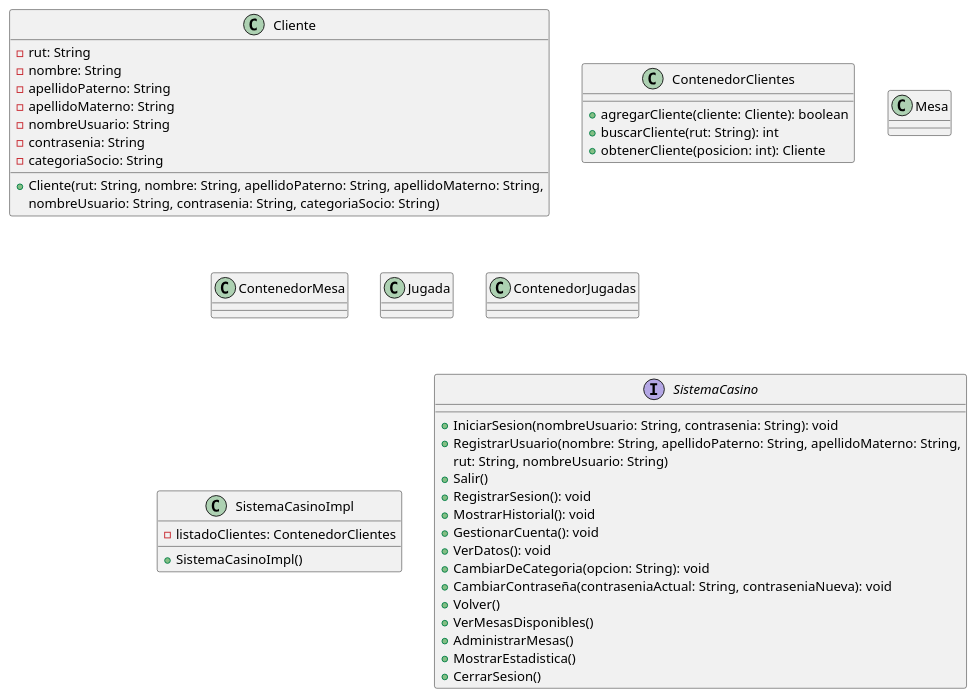
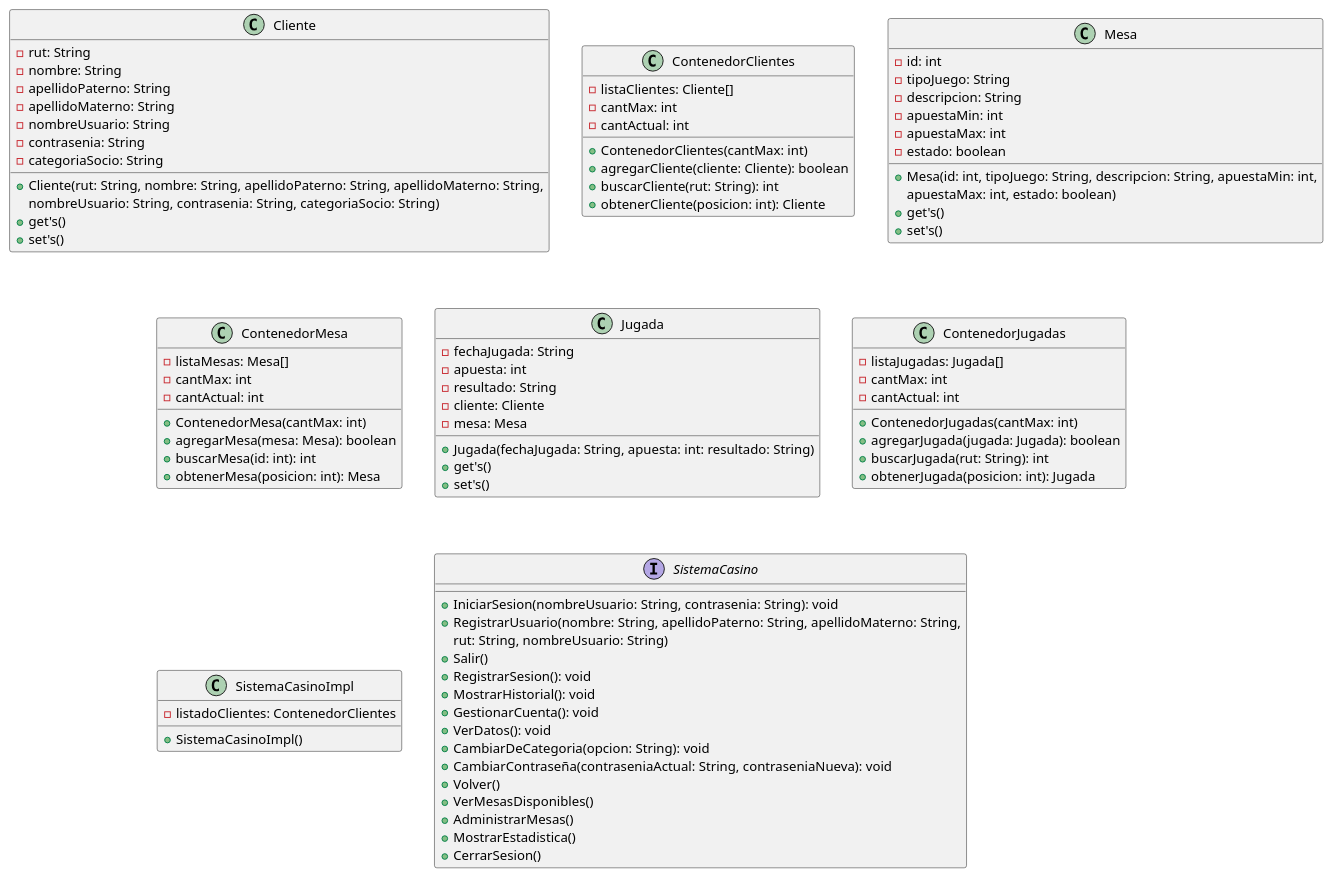
The diagram in src/Diagrama de Clase.puml (DarkPridust/Taller1_IgnacioVadillo_JoahnSalvatierra), drawn with PlantUML before and after one commit. The commit also changed 1 other file, not shown here.

Commit message:
Diagrama de Clase actualizado
Se agregan atributos y operadores restantes

```diff
--- a/src/Diagrama de Clase.puml
+++ b/src/Diagrama de Clase.puml
@@ -1,56 +1,95 @@
 @startuml
 'https://plantuml.com/class-diagram
 
 class Cliente{
     -rut: String
     -nombre: String
     -apellidoPaterno: String
     -apellidoMaterno: String
     -nombreUsuario: String
     -contrasenia: String
     -categoriaSocio: String
     +Cliente(rut: String, nombre: String, apellidoPaterno: String, apellidoMaterno: String,
     nombreUsuario: String, contrasenia: String, categoriaSocio: String)
-
+    +get's()
+    +set's()
 }
 
 class ContenedorClientes{
+    -listaClientes: Cliente[]
+    -cantMax: int
+    -cantActual: int
+    +ContenedorClientes(cantMax: int)
     +agregarCliente(cliente: Cliente): boolean
     +buscarCliente(rut: String): int
     +obtenerCliente(posicion: int): Cliente
 }
 
-class Mesa{}
+class Mesa{
+    -id: int
+    -tipoJuego: String
+    -descripcion: String
+    -apuestaMin: int
+    -apuestaMax: int
+    -estado: boolean
+    +Mesa(id: int, tipoJuego: String, descripcion: String, apuestaMin: int,
+    apuestaMax: int, estado: boolean)
+    +get's()
+    +set's()
+}
 
-class ContenedorMesa{}
+class ContenedorMesa{
+    -listaMesas: Mesa[]
+    -cantMax: int
+    -cantActual: int
+    +ContenedorMesa(cantMax: int)
+    +agregarMesa(mesa: Mesa): boolean
+    +buscarMesa(id: int): int
+    +obtenerMesa(posicion: int): Mesa
+    }
 
-class Jugada{}
+class Jugada{
+    -fechaJugada: String
+    -apuesta: int
+    -resultado: String
+    -cliente: Cliente
+    -mesa: Mesa
+    +Jugada(fechaJugada: String, apuesta: int: resultado: String)
+    +get's()
+    +set's()
+}
 
-class ContenedorJugadas
+class ContenedorJugadas{
+    -listaJugadas: Jugada[]
+    -cantMax: int
+    -cantActual: int
+    +ContenedorJugadas(cantMax: int)
+    +agregarJugada(jugada: Jugada): boolean
+    +buscarJugada(rut: String): int
+    +obtenerJugada(posicion: int): Jugada
+}
 
 class SistemaCasinoImpl{
     -listadoClientes: ContenedorClientes
     +SistemaCasinoImpl()
 }
 
 
 interface SistemaCasino{
     +IniciarSesion(nombreUsuario: String, contrasenia: String): void
     +RegistrarUsuario(nombre: String, apellidoPaterno: String, apellidoMaterno: String,
     rut: String, nombreUsuario: String)
     +Salir()
     +RegistrarSesion(): void
     +MostrarHistorial(): void
     +GestionarCuenta(): void
     +VerDatos(): void
     +CambiarDeCategoria(opcion: String): void
     +CambiarContraseña(contraseniaActual: String, contraseniaNueva): void
     +Volver()
     +VerMesasDisponibles()
     +AdministrarMesas()
     +MostrarEstadistica()
     +CerrarSesion()
-
-
 }
 @enduml
```
